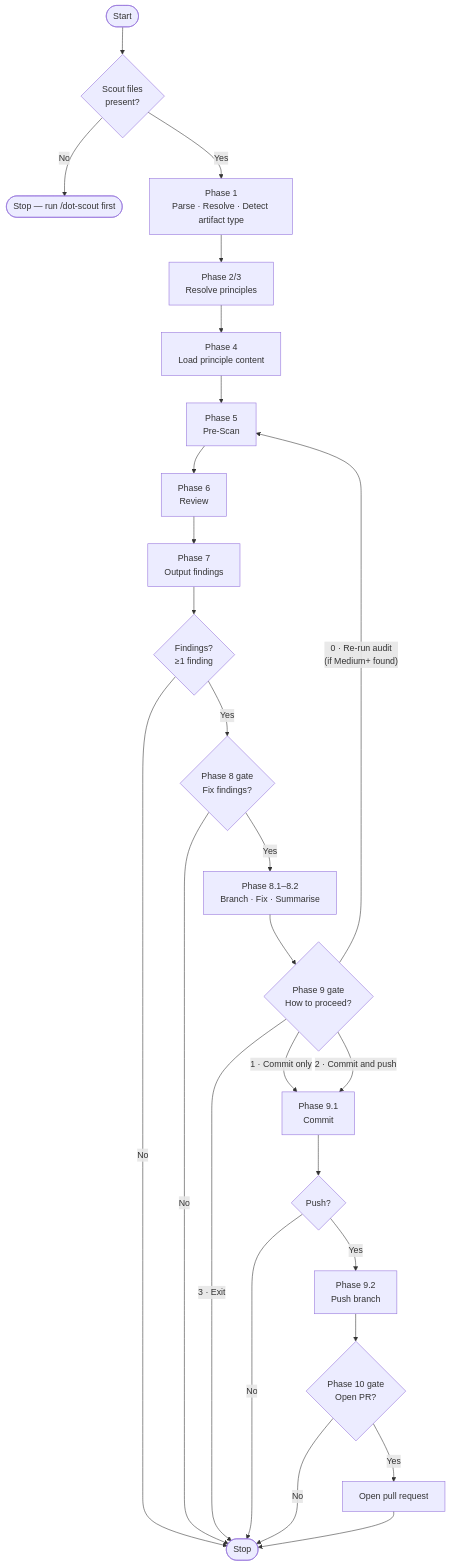
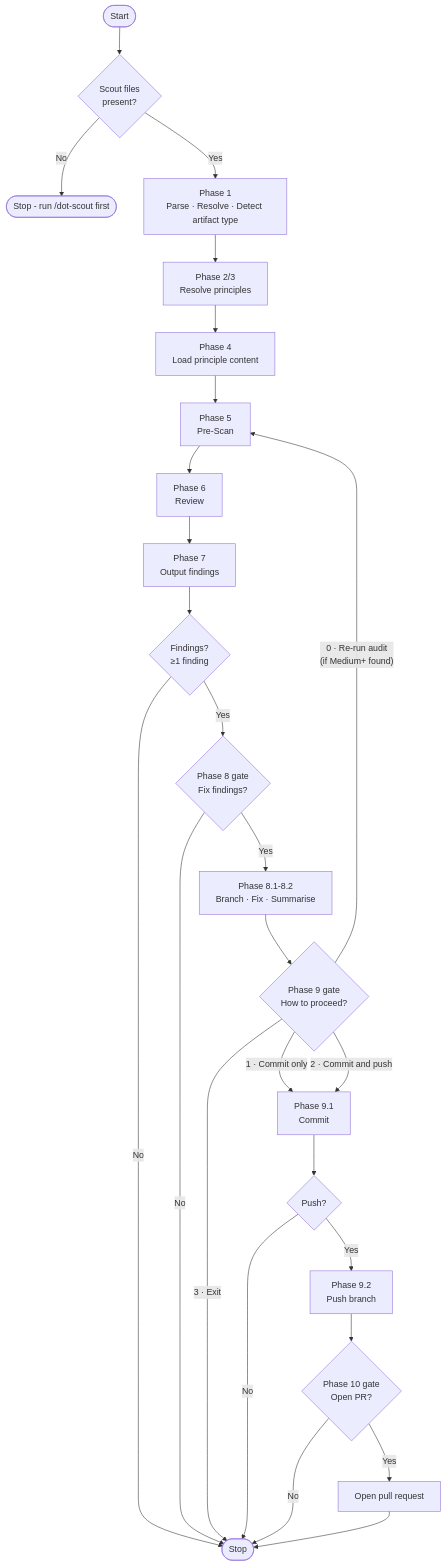
The diagram in commands/dot/audit.md (dot-principles/dot-principles), drawn with Mermaid before and after one commit. The commit also changed other lines of this file and 627 other files, not shown here.

````diff
--- a/commands/dot/audit.md
+++ b/commands/dot/audit.md
@@ -26,28 +26,28 @@
 ```mermaid
 flowchart TD
     A([Start]) --> PRE{Scout files\npresent?}
-    PRE -- No --> HALT([Stop — run /dot-scout first])
+    PRE -- No --> HALT([Stop - run /dot-scout first])
     PRE -- Yes --> P1[Phase 1\nParse · Resolve · Detect artifact type]
     P1 --> P2[Phase 2/3\nResolve principles]
     P2 --> P4[Phase 4\nLoad principle content]
     P4 --> P5[Phase 5\nPre-Scan]
     P5 --> P6[Phase 6\nReview]
     P6 --> P7[Phase 7\nOutput findings]
     P7 --> G8{Findings?\n≥1 finding}
     G8 -- No --> DONE([Stop])
     G8 -- Yes --> Q8{Phase 8 gate\nFix findings?}
     Q8 -- No --> DONE
-    Q8 -- Yes --> FIX[Phase 8.1–8.2\nBranch · Fix · Summarise]
+    Q8 -- Yes --> FIX[Phase 8.1-8.2\nBranch · Fix · Summarise]
     FIX --> Q9{Phase 9 gate\nHow to proceed?}
     Q9 -- "0 · Re-run audit\n(if Medium+ found)" --> P5
     Q9 -- "3 · Exit" --> DONE
     Q9 -- "1 · Commit only" --> CMT[Phase 9.1\nCommit]
     Q9 -- "2 · Commit and push" --> CMT
     CMT --> PUSH{Push?}
     PUSH -- No --> DONE
     PUSH -- Yes --> PUSHSTEP[Phase 9.2\nPush branch]
     PUSHSTEP --> Q10{Phase 10 gate\nOpen PR?}
     Q10 -- No --> DONE
     Q10 -- Yes --> PR[Open pull request]
     PR --> DONE
 ```
````
